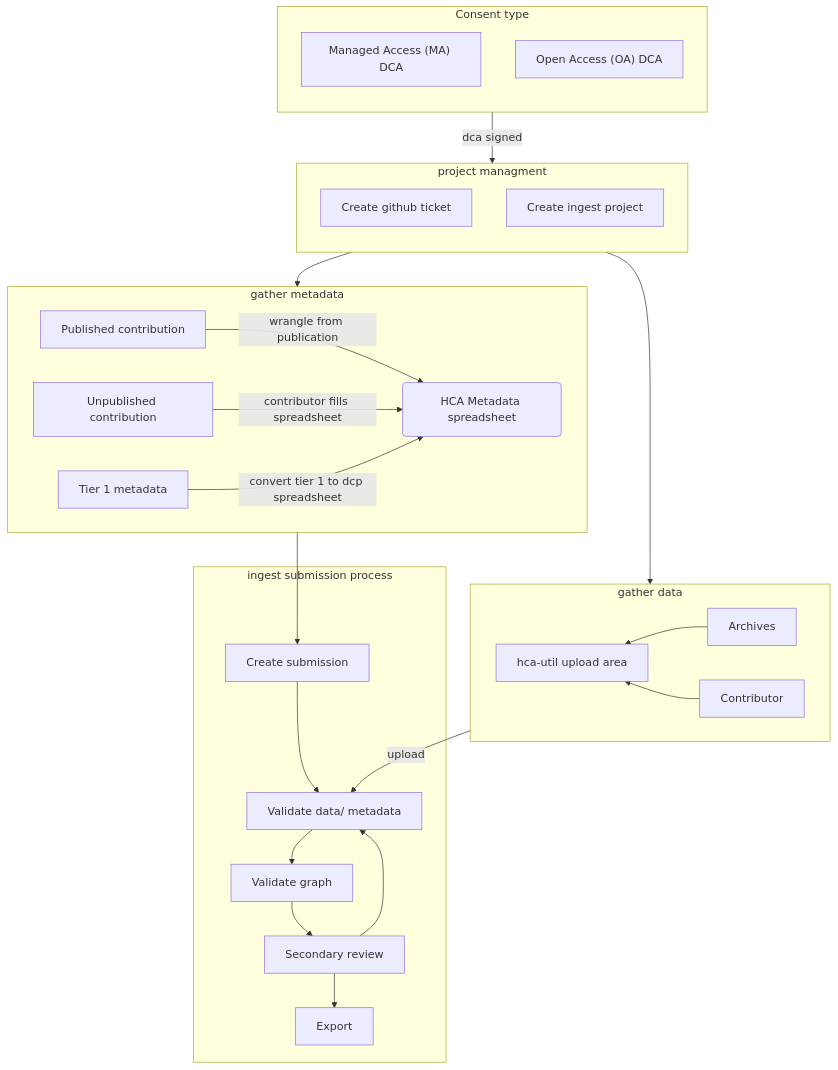
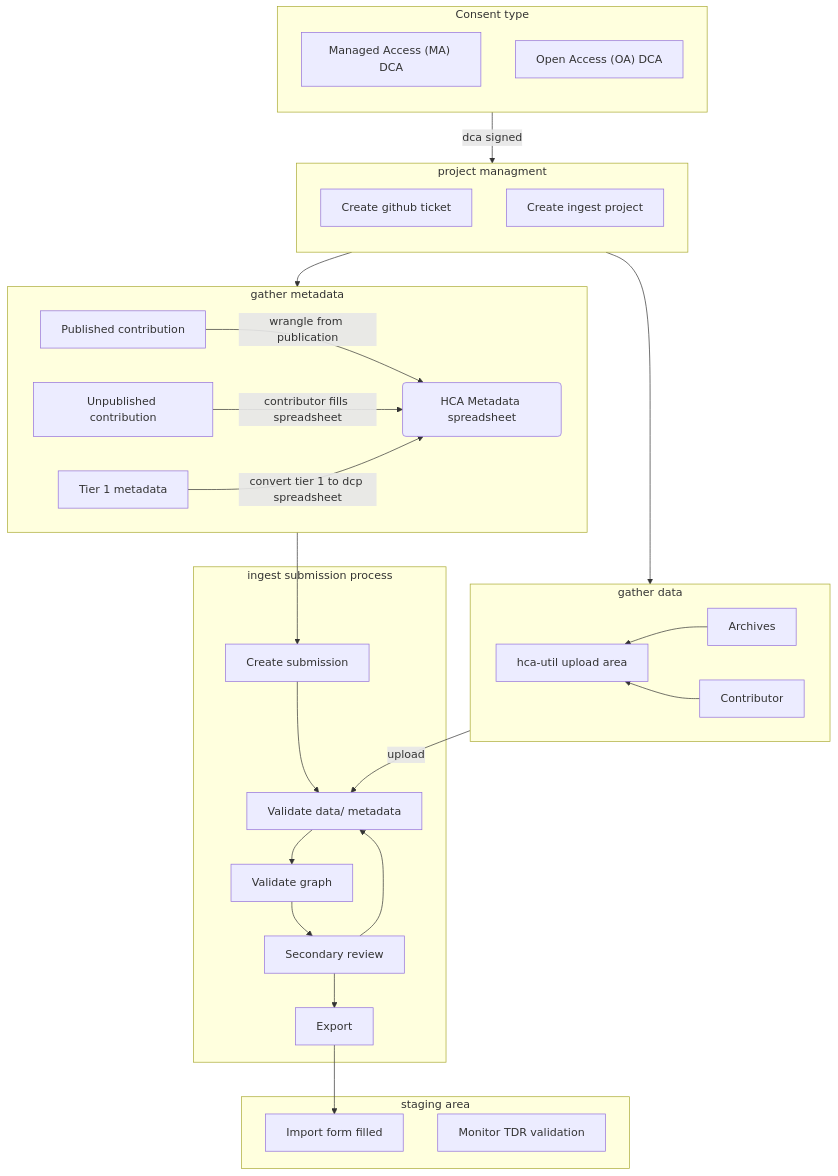
Before and after one commit to ebi-ait/hca-ebi-wrangler-central: the diagram in docs/SOPs/Introduction/Introduction.md, drawn with Mermaid. The commit also changed 2 other files, not shown here.

````diff
--- a/docs/SOPs/Introduction/Introduction.md
+++ b/docs/SOPs/Introduction/Introduction.md
@@ -16,52 +16,58 @@
 ```mermaid
 flowchart TD
     subgraph dca ["Consent type"]
     direction TB
     MA["Managed Access (MA) DCA"]
     OA["Open Access (OA) DCA"]
     end
-
+    
+    subgraph metadata [gather metadata]
+    direction LR
     P1["Published contribution"]
     P2["Unpublished contribution"]
     P3["Tier 1 metadata"]
     HMS("HCA Metadata spreadsheet")
-    
-    subgraph metadata [gather metadata]
-    direction LR
     P1--"wrangle from publication"-->HMS
     P2--"contributor fills spreadsheet"-->HMS
     P3--"convert tier 1 to dcp spreadsheet"-->HMS
     end
 
     subgraph proj ["project managment"]
     direction TB
     D1["Create github ticket"]
     D2["Create ingest project"]
     end
 
     subgraph data [gather data]
     direction RL
     C1["Archives"]
     C2["Contributor"]
     C3["hca-util upload area"]
     C1 --> C3
     C2 --> C3
     end
 
+    subgraph ingest [ingest submission process]
     I1["Create submission"]
     I2["Validate data/ metadata"]
     I3["Validate graph"]
     I4["Secondary review"]
     I5["Export"]
-    subgraph ingest [ingest submission process]
     HMS --> I1
     I1 --> I2
     I2 --> I3 --> I4 --> I5 
     I4 --> I2
     end
     C3 --upload--> I2
 
+    subgraph import [staging area]
+    M1["Import form filled"]
+    M2["Monitor TDR validation"]
+    I5 --> M1
+    end
+
     dca --dca signed--> proj --> data
     proj --> metadata
 
+    click M2 href "https://ebi-ait.github.io/hca-ebi-wrangler-central/SOPs/Introduction/access_tera.html" "Access TDR SOP"
 ```
````
